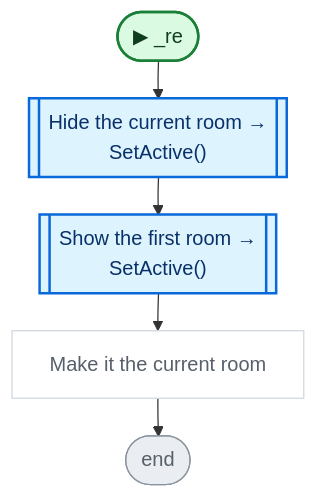
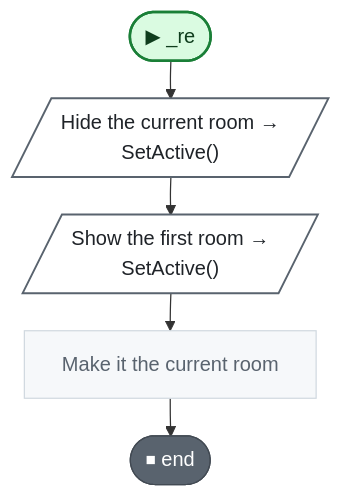
Before and after one commit to nataiai/Lord-of-the-Dungeon: the sixth of 7 diagrams in CodeGraph~/graph/GameManager.cs.md, drawn with Mermaid. The commit also changed other lines of this file and 57 other files, not shown here.

````diff
--- a/CodeGraph~/graph/GameManager.cs.md
+++ b/CodeGraph~/graph/GameManager.cs.md
@@ -342,37 +361,37 @@
 ```mermaid
 ---
 config:
   flowchart:
     wrappingWidth: 260
     nodeSpacing: 26
     rankSpacing: 30
 ---
 flowchart TD
   nS(["▶ _re"])
-  ncb80a4[["Hide the current room →<br>SetActive()"]]
-  n69c3da[["Show the first room →<br>SetActive()"]]
+  ncb80a4[/"Hide the current room →<br>SetActive()"/]
+  n69c3da[/"Show the first room →<br>SetActive()"/]
   ncd1439["Make it the current room"]
-  nE(["end"])
+  nE(["⏹ end"])
   nS --> ncb80a4
   ncb80a4 --> n69c3da
   n69c3da --> ncd1439
   ncd1439 --> nE
   classDef unity fill:#dafbe1,stroke:#1a7f37,stroke-width:2px,color:#0f3d1d
   classDef start fill:#dafbe1,stroke:#1a7f37,stroke-width:2px,color:#0f3d1d
-  classDef calc fill:#ffffff,stroke:#d0d7de,color:#57606a
+  classDef calc fill:#f6f8fa,stroke:#d1d9e0,color:#59636e
   classDef calls fill:#ddf4ff,stroke:#0969da,stroke-width:2px,color:#0a3069
-  classDef ext fill:#ddf4ff,stroke:#0969da,stroke-width:2px,stroke-dasharray:5 3,color:#0a3069
-  classDef cond fill:#fff8c5,stroke:#bf8700,stroke-width:1.5px,color:#3d2a00
-  classDef loop fill:#f6f8fa,stroke:#57606a,color:#1f2328
-  classDef exit fill:#ffebe9,stroke:#cf222e,color:#82071e
+  classDef ext fill:#f6f8fa,stroke:#59636e,stroke-width:1.5px,stroke-dasharray:5 5,color:#1f2328
+  classDef cond fill:#fff8c5,stroke:#9a6700,stroke-width:1.5px,color:#3d2a00
+  classDef loop fill:#fff8c5,stroke:#9a6700,color:#3d2a00
+  classDef wait fill:#fff8c5,stroke:#9a6700,color:#3d2a00
+  classDef exit fill:#59636e,stroke:#424a53,color:#ffffff
+  classDef fin fill:#59636e,stroke:#424a53,color:#ffffff
+  classDef act fill:#ffffff,stroke:#59636e,stroke-width:1.5px,color:#1f2328
   classDef kill fill:#ffebe9,stroke:#cf222e,stroke-width:2px,color:#82071e
-  classDef spawn fill:#dafbe1,stroke:#1a7f37,stroke-width:2px,color:#0f3d1d
-  classDef wait fill:#fff1e5,stroke:#bc4c00,color:#4d1d00
-  classDef fin fill:#eaeef2,stroke:#8c959f,color:#57606a
   classDef join fill:#d0d7de,stroke:#8c959f,color:#57606a
   classDef ghdr fill:#f5f9ff,stroke:#f5f9ff,color:#0a3069,font-weight:bold
+  class ncb80a4,n69c3da act
   class ncd1439 calc
-  class ncb80a4,n69c3da calls
   class nE fin
   class nS start
 ```
````
